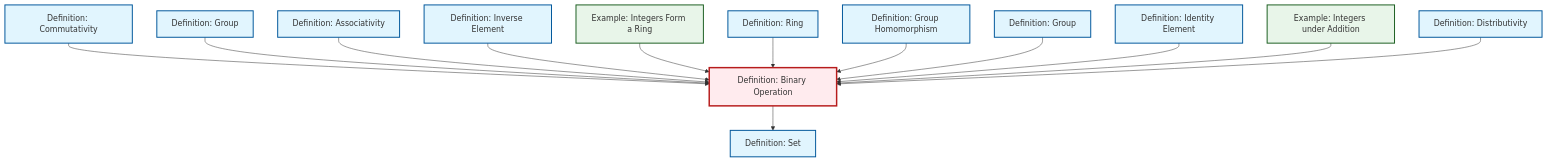
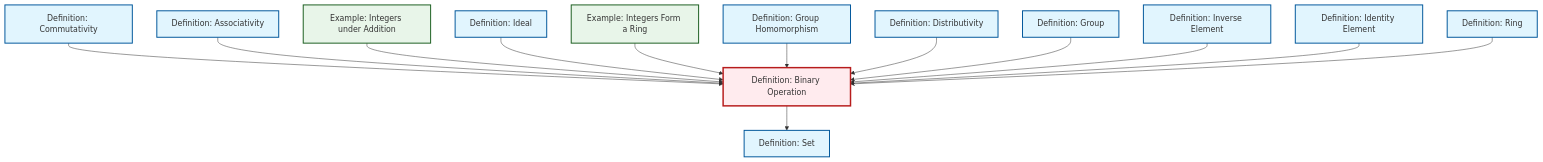
Before and after one commit to RK0429/ModernMath: the diagram in content/ja/algebra/def-binary-operation.qmd, drawn with Mermaid. The commit also changed 530 other files, not shown here.

````diff
--- a/content/ja/algebra/def-binary-operation.qmd
+++ b/content/ja/algebra/def-binary-operation.qmd
@@ -60,47 +60,47 @@
 ```{mermaid}
 %%| fig-cap: "Local dependency graph"
 graph TD
     classDef definition fill:#e1f5fe,stroke:#01579b,stroke-width:2px
     classDef theorem fill:#f3e5f5,stroke:#4a148c,stroke-width:2px
     classDef axiom fill:#fff3e0,stroke:#e65100,stroke-width:2px
     classDef example fill:#e8f5e9,stroke:#1b5e20,stroke-width:2px
     classDef current fill:#ffebee,stroke:#b71c1c,stroke-width:3px
-    def-inverse-element["Definition: Inverse Element"]:::definition
+    def-identity-element["Definition: Identity Element"]:::definition
+    def-ideal["Definition: Ideal"]:::definition
     def-set["Definition: Set"]:::definition
     def-associativity["Definition: Associativity"]:::definition
-    def-identity-element["Definition: Identity Element"]:::definition
-    def-ring["Definition: Ring"]:::definition
-    def-binary-operation["Definition: Binary Operation"]:::definition
-    def-commutativity["Definition: Commutativity"]:::definition
+    def-group["Definition: Group"]:::definition
     ex-integers-addition["Example: Integers under Addition"]:::example
     def-homomorphism["Definition: Group Homomorphism"]:::definition
-    def-group["Definition: Group"]:::definition
+    def-inverse-element["Definition: Inverse Element"]:::definition
+    def-ring["Definition: Ring"]:::definition
+    def-commutativity["Definition: Commutativity"]:::definition
+    def-distributivity["Definition: Distributivity"]:::definition
     ex-integers-ring["Example: Integers Form a Ring"]:::example
-    def-group-example["Definition: Group"]:::definition
-    def-distributivity["Definition: Distributivity"]:::definition
+    def-binary-operation["Definition: Binary Operation"]:::definition
     def-commutativity --> def-binary-operation
-    def-group-example --> def-binary-operation
+    def-binary-operation --> def-set
     def-associativity --> def-binary-operation
+    ex-integers-addition --> def-binary-operation
+    def-ideal --> def-binary-operation
+    ex-integers-ring --> def-binary-operation
+    def-homomorphism --> def-binary-operation
+    def-distributivity --> def-binary-operation
+    def-group --> def-binary-operation
     def-inverse-element --> def-binary-operation
-    ex-integers-ring --> def-binary-operation
+    def-identity-element --> def-binary-operation
     def-ring --> def-binary-operation
-    def-homomorphism --> def-binary-operation
-    def-group --> def-binary-operation
-    def-identity-element --> def-binary-operation
-    ex-integers-addition --> def-binary-operation
-    def-binary-operation --> def-set
-    def-distributivity --> def-binary-operation
     class def-binary-operation current
-    click def-inverse-element "def-inverse-element.html" "Definition: Inverse Elementへ"
+    click def-identity-element "def-identity-element.html" "Definition: Identity Elementへ"
+    click def-ideal "def-ideal.html" "Definition: Idealへ"
     click def-set "def-set.html" "Definition: Setへ"
     click def-associativity "def-associativity.html" "Definition: Associativityへ"
-    click def-identity-element "def-identity-element.html" "Definition: Identity Elementへ"
+    click def-group "def-group.html" "Definition: Groupへ"
+    click ex-integers-addition "ex-integers-addition.html" "Example: Integers under Additionへ"
+    click def-homomorphism "def-homomorphism.html" "Definition: Group Homomorphismへ"
+    click def-inverse-element "def-inverse-element.html" "Definition: Inverse Elementへ"
     click def-ring "def-ring.html" "Definition: Ringへ"
     click def-commutativity "def-commutativity.html" "Definition: Commutativityへ"
-    click ex-integers-addition "ex-integers-addition.html" "Example: Integers under Additionへ"
-    click def-homomorphism "def-homomorphism.html" "Definition: Group Homomorphismへ"
-    click def-group "def-group.html" "Definition: Groupへ"
+    click def-distributivity "def-distributivity.html" "Definition: Distributivityへ"
     click ex-integers-ring "ex-integers-ring.html" "Example: Integers Form a Ringへ"
-    click def-group-example "def-group-example.html" "Definition: Groupへ"
-    click def-distributivity "def-distributivity.html" "Definition: Distributivityへ"
 ```
````
